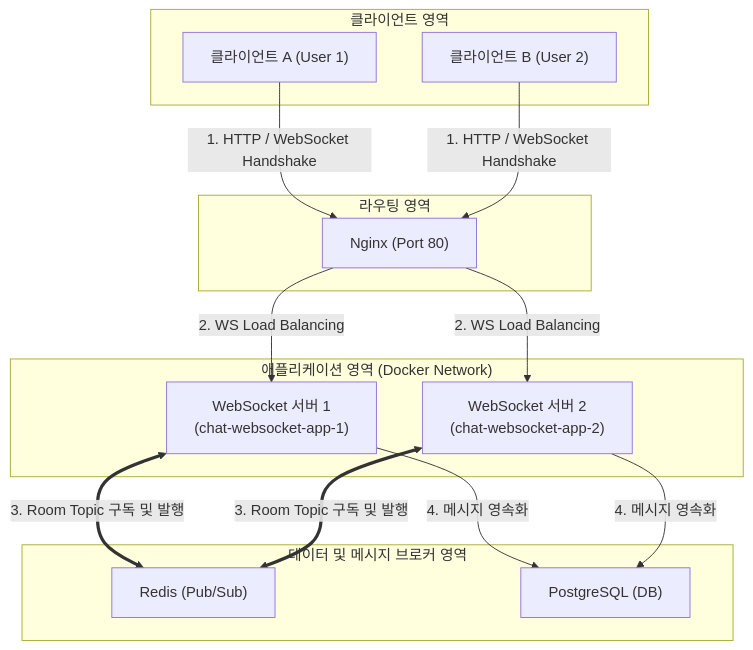
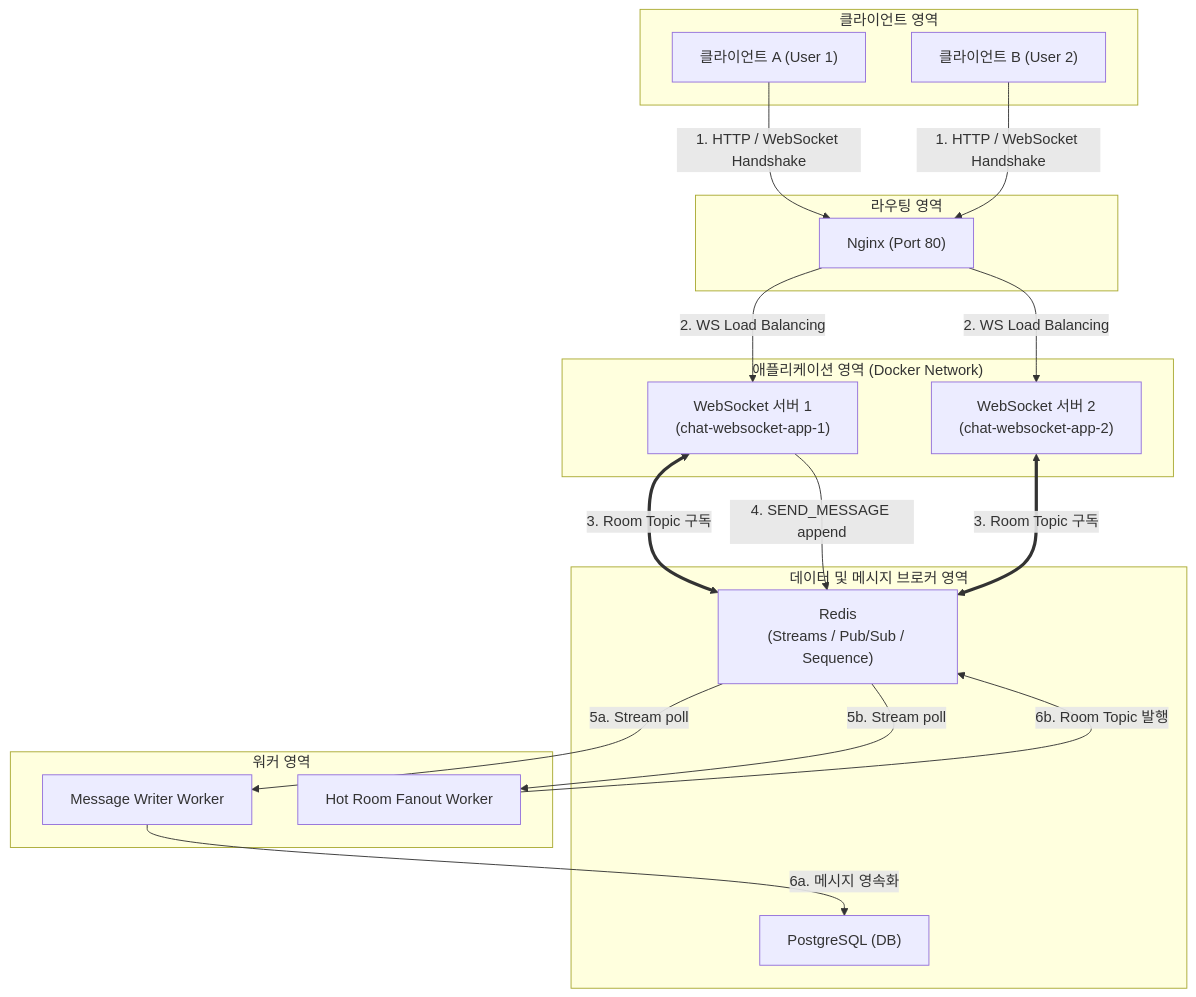
One commit to ydj515/chatting-service changed the first of 2 diagrams in docs/architecture_overview.md. Above: the diagram before and after it, drawn with Mermaid. The commit also changed other lines of this file and 16 other files, not shown here.

First line of the commit message:
fix: preserve room message order across websocket gateways

````diff
--- a/docs/architecture_overview.md
+++ b/docs/architecture_overview.md
@@ -11,34 +11,42 @@
 ```mermaid
 graph TD
     subgraph Clients ["클라이언트 영역"]
         ClientA["클라이언트 A (User 1)"]
         ClientB["클라이언트 B (User 2)"]
     end
 
     subgraph Gateway ["라우팅 영역"]
         Nginx["Nginx (Port 80)"]
     end
 
     subgraph AppServers ["애플리케이션 영역 (Docker Network)"]
         WS1["WebSocket 서버 1<br>(chat-websocket-app-1)"]
         WS2["WebSocket 서버 2<br>(chat-websocket-app-2)"]
     end
 
     subgraph Infra ["데이터 및 메시지 브로커 영역"]
-        Redis["Redis (Pub/Sub)"]
+        Redis["Redis<br>(Streams / Pub/Sub / Sequence)"]
         Postgres["PostgreSQL (DB)"]
+    end
+
+    subgraph Workers ["워커 영역"]
+        Writer["Message Writer Worker"]
+        Fanout["Hot Room Fanout Worker"]
     end
 
     %% 연결 관계
     ClientA -->|1. HTTP / WebSocket Handshake| Nginx
     ClientB -->|1. HTTP / WebSocket Handshake| Nginx
 
     Nginx -->|2. WS Load Balancing| WS1
     Nginx -->|2. WS Load Balancing| WS2
 
-    WS1 <==>|3. Room Topic 구독 및 발행| Redis
-    WS2 <==>|3. Room Topic 구독 및 발행| Redis
+    WS1 <==>|3. Room Topic 구독| Redis
+    WS2 <==>|3. Room Topic 구독| Redis
 
-    WS1 -->|4. 메시지 영속화| Postgres
-    WS2 -->|4. 메시지 영속화| Postgres
+    WS1 -->|4. SEND_MESSAGE append| Redis
+    Redis -->|5a. Stream poll| Writer
+    Writer -->|6a. 메시지 영속화| Postgres
+    Redis -->|5b. Stream poll| Fanout
+    Fanout -->|6b. Room Topic 발행| Redis
 ```
````
